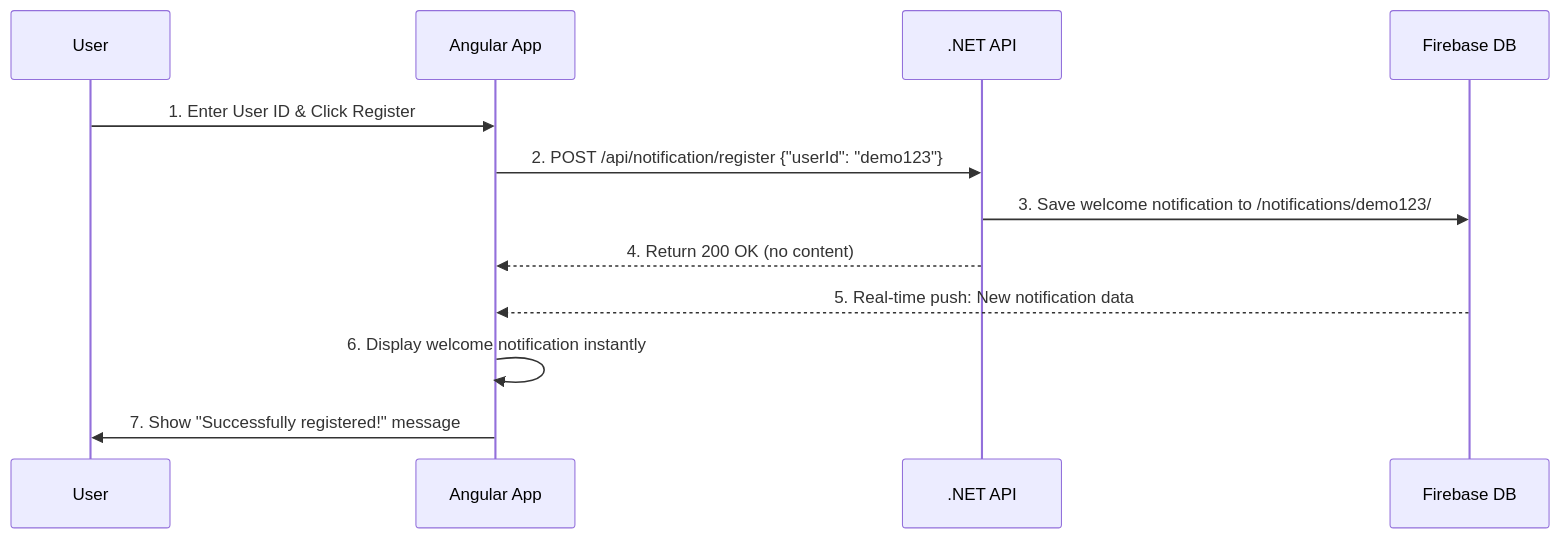
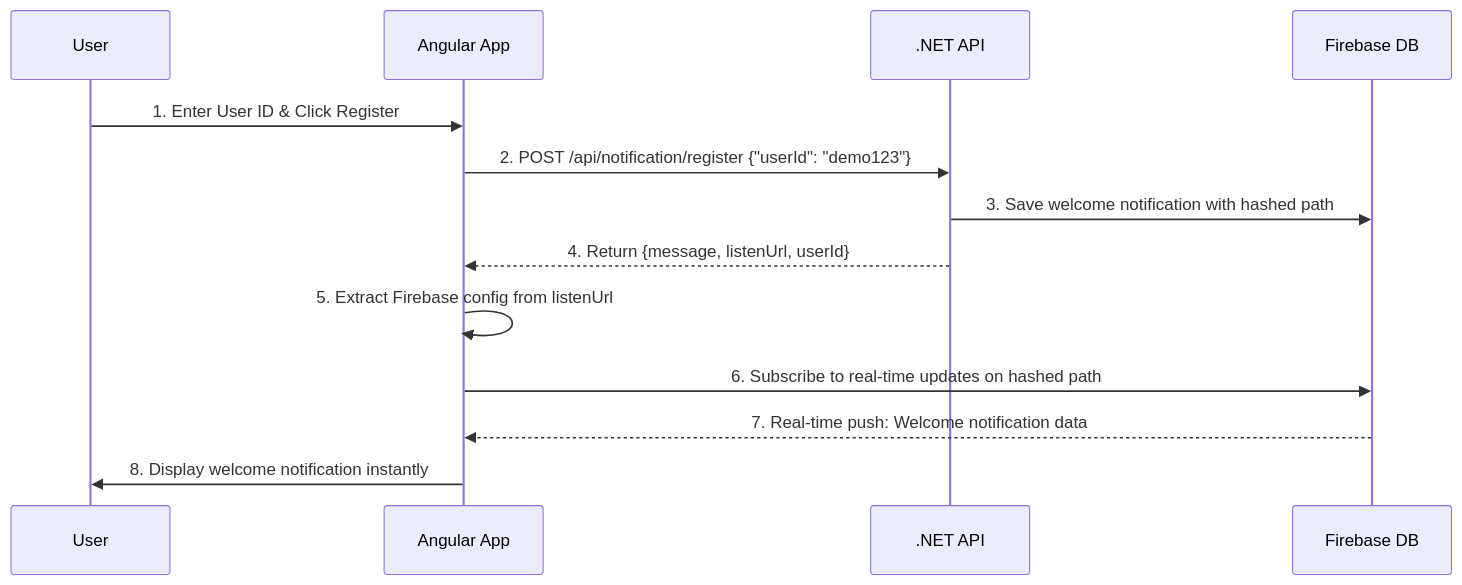
Before and after one commit to danghieuthang/notification-with-firebase-realtime-database: the first of 3 diagrams in README.md, drawn with Mermaid. The commit also changed other lines of this file and 9 other files, not shown here.

Commit message:
Refactor Firebase integration: streamline configuration management, implement notification factory, and enhance user registration flow with optimized response models and error handling.

````diff
--- a/README.md
+++ b/README.md
@@ -78,15 +105,16 @@
 ```mermaid
 sequenceDiagram
     participant U as User
     participant A as Angular App
     participant API as .NET API
     participant F as Firebase DB
     
     U->>A: 1. Enter User ID & Click Register
     A->>API: 2. POST /api/notification/register {"userId": "demo123"}
-    API->>F: 3. Save welcome notification to /notifications/demo123/
-    API-->>A: 4. Return 200 OK (no content)
-    F-->>A: 5. Real-time push: New notification data
-    A->>A: 6. Display welcome notification instantly
-    A->>U: 7. Show "Successfully registered!" message
+    API->>F: 3. Save welcome notification with hashed path
+    API-->>A: 4. Return {message, listenUrl, userId}
+    A->>A: 5. Extract Firebase config from listenUrl
+    A->>F: 6. Subscribe to real-time updates on hashed path
+    F-->>A: 7. Real-time push: Welcome notification data
+    A->>U: 8. Display welcome notification instantly
 ```
````
